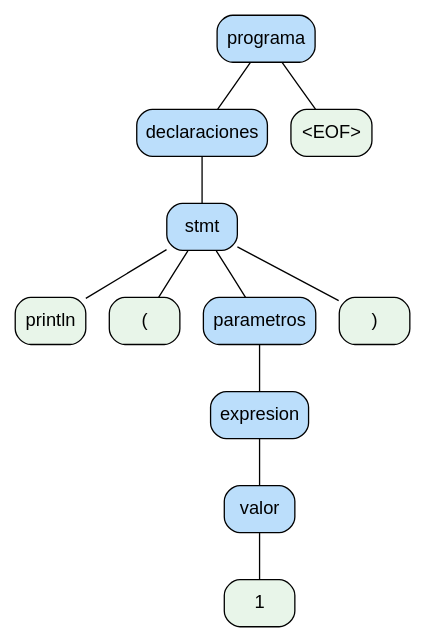
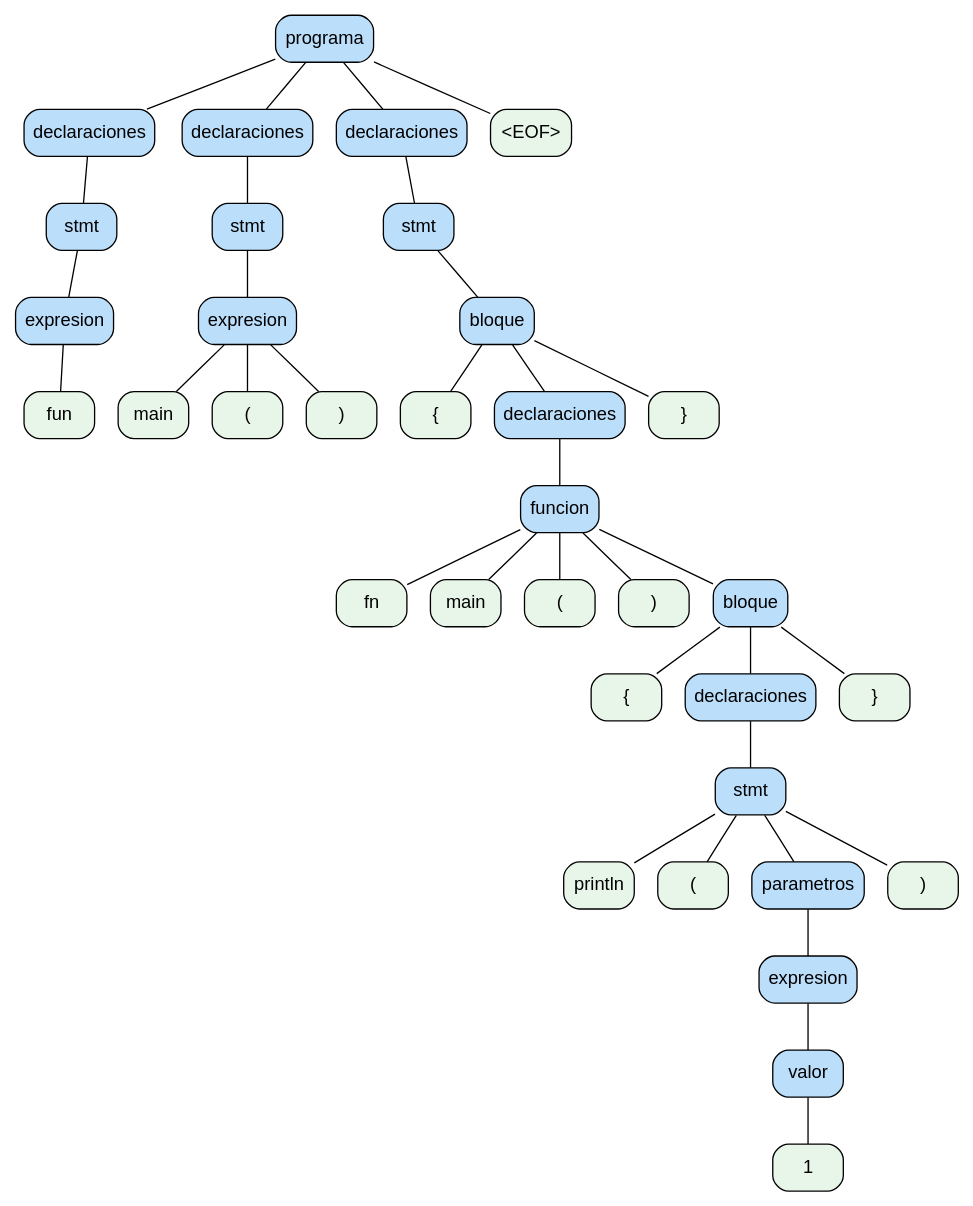
The diagram in ast.dot (YairCarrito45/-OLC2_Proyecto2_G19), drawn with Graphviz before and after one commit. The commit also changed 5 other files, not shown here.

```diff
--- a/ast.dot
+++ b/ast.dot
@@ -1,25 +1,73 @@
 digraph G {
   node [shape=box, style="rounded,filled", fontname="Arial"];
   edge [arrowhead=none];
   0 [label="programa", fillcolor="#bbdefb"];
   1 [label="declaraciones", fillcolor="#bbdefb"];
   2 [label="stmt", fillcolor="#bbdefb"];
-  3 [label="println", fillcolor="#e8f5e9"];
+  3 [label="expresion", fillcolor="#bbdefb"];
+  4 [label="fun", fillcolor="#e8f5e9"];
+  3 -> 4;
   2 -> 3;
-  4 [label="(", fillcolor="#e8f5e9"];
-  2 -> 4;
-  5 [label="parametros", fillcolor="#bbdefb"];
-  6 [label="expresion", fillcolor="#bbdefb"];
-  7 [label="valor", fillcolor="#bbdefb"];
-  8 [label="1", fillcolor="#e8f5e9"];
+  1 -> 2;
+  0 -> 1;
+  5 [label="declaraciones", fillcolor="#bbdefb"];
+  6 [label="stmt", fillcolor="#bbdefb"];
+  7 [label="expresion", fillcolor="#bbdefb"];
+  8 [label="main", fillcolor="#e8f5e9"];
   7 -> 8;
+  9 [label="(", fillcolor="#e8f5e9"];
+  7 -> 9;
+  10 [label=")", fillcolor="#e8f5e9"];
+  7 -> 10;
   6 -> 7;
   5 -> 6;
-  2 -> 5;
-  9 [label=")", fillcolor="#e8f5e9"];
-  2 -> 9;
-  1 -> 2;
-  0 -> 1;
-  10 [label="<EOF>", fillcolor="#e8f5e9"];
-  0 -> 10;
+  0 -> 5;
+  11 [label="declaraciones", fillcolor="#bbdefb"];
+  12 [label="stmt", fillcolor="#bbdefb"];
+  13 [label="bloque", fillcolor="#bbdefb"];
+  14 [label="{", fillcolor="#e8f5e9"];
+  13 -> 14;
+  15 [label="declaraciones", fillcolor="#bbdefb"];
+  16 [label="funcion", fillcolor="#bbdefb"];
+  17 [label="fn", fillcolor="#e8f5e9"];
+  16 -> 17;
+  18 [label="main", fillcolor="#e8f5e9"];
+  16 -> 18;
+  19 [label="(", fillcolor="#e8f5e9"];
+  16 -> 19;
+  20 [label=")", fillcolor="#e8f5e9"];
+  16 -> 20;
+  21 [label="bloque", fillcolor="#bbdefb"];
+  22 [label="{", fillcolor="#e8f5e9"];
+  21 -> 22;
+  23 [label="declaraciones", fillcolor="#bbdefb"];
+  24 [label="stmt", fillcolor="#bbdefb"];
+  25 [label="println", fillcolor="#e8f5e9"];
+  24 -> 25;
+  26 [label="(", fillcolor="#e8f5e9"];
+  24 -> 26;
+  27 [label="parametros", fillcolor="#bbdefb"];
+  28 [label="expresion", fillcolor="#bbdefb"];
+  29 [label="valor", fillcolor="#bbdefb"];
+  30 [label="1", fillcolor="#e8f5e9"];
+  29 -> 30;
+  28 -> 29;
+  27 -> 28;
+  24 -> 27;
+  31 [label=")", fillcolor="#e8f5e9"];
+  24 -> 31;
+  23 -> 24;
+  21 -> 23;
+  32 [label="}", fillcolor="#e8f5e9"];
+  21 -> 32;
+  16 -> 21;
+  15 -> 16;
+  13 -> 15;
+  33 [label="}", fillcolor="#e8f5e9"];
+  13 -> 33;
+  12 -> 13;
+  11 -> 12;
+  0 -> 11;
+  34 [label="<EOF>", fillcolor="#e8f5e9"];
+  0 -> 34;
 }
```
